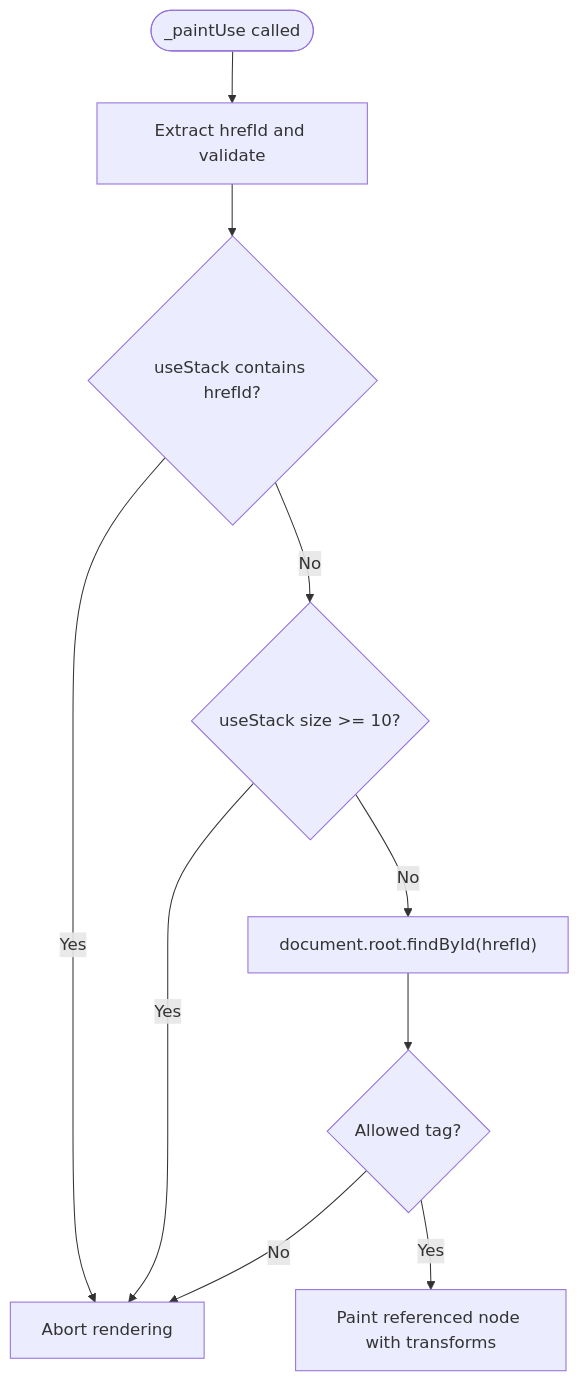
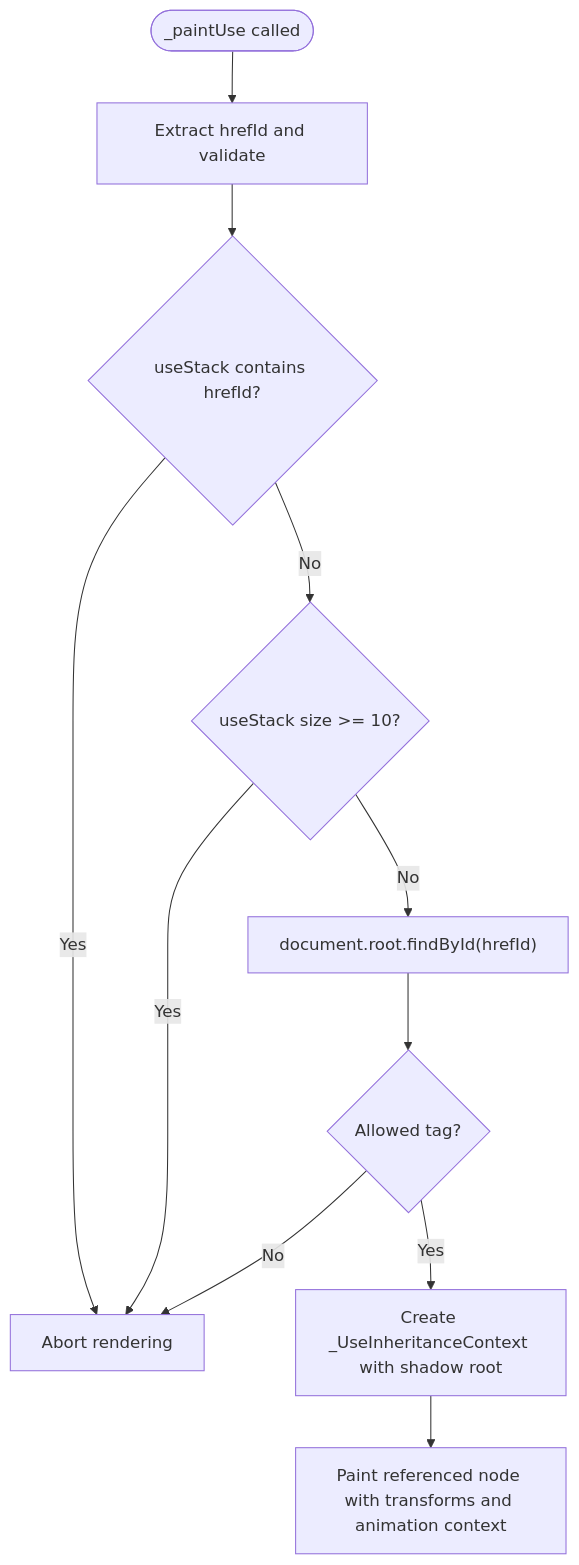
Before and after one commit to denisnadey/flutter_full_svg_support: the seventh of 10 diagrams in .qoder/repowiki/en/content/Advanced Features/Use Element Symbol Inheritance.md, drawn with Mermaid. The commit also changed other lines of this file and 20 other files, not shown here.

````diff
--- a/.qoder/repowiki/en/content/Advanced Features/Use Element Symbol Inheritance.md
+++ b/.qoder/repowiki/en/content/Advanced Features/Use Element Symbol Inheritance.md
@@ -282,12 +329,13 @@
 ```mermaid
 flowchart TD
 Start(["_paintUse called"]) --> CheckHref["Extract hrefId and validate"]
 CheckHref --> CheckCycle{"useStack contains hrefId?"}
 CheckCycle --> |Yes| Abort["Abort rendering"]
 CheckCycle --> |No| CheckDepth{"useStack size >= 10?"}
 CheckDepth --> |Yes| Abort
 CheckDepth --> |No| Resolve["document.root.findById(hrefId)"]
 Resolve --> Allowed{"Allowed tag?"}
 Allowed --> |No| Abort
-Allowed --> |Yes| Paint["Paint referenced node with transforms"]
+Allowed --> |Yes| CreateContext["Create _UseInheritanceContext with shadow root"]
+CreateContext --> Paint["Paint referenced node with transforms and animation context"]
 ```
````
